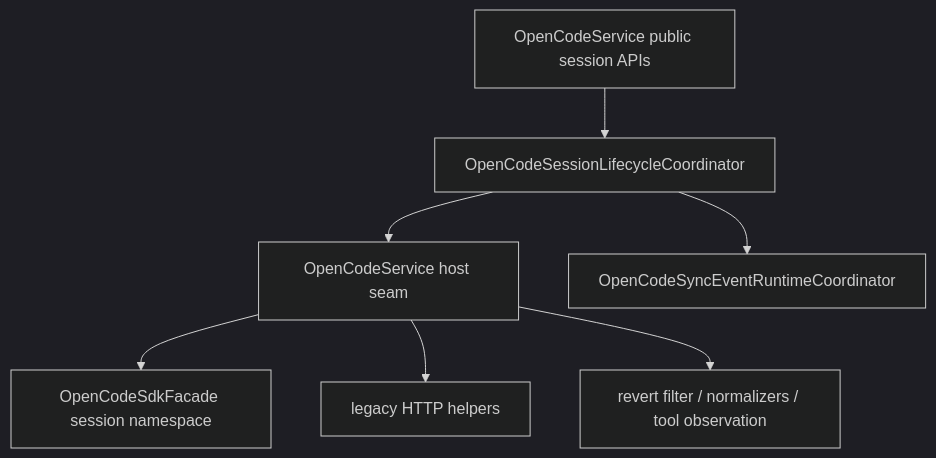
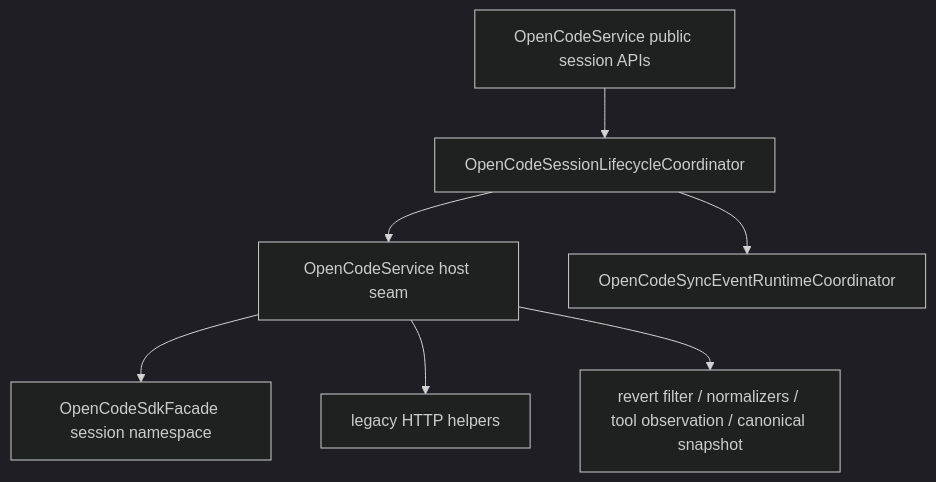
One commit to OCDcreator/opencodian changed the diagram in docs/modules/core/opencode/OpenCodeSessionLifecycleCoordinator.md. Above: the diagram before and after it, drawn with Mermaid (dark theme). The commit also changed other lines of this file and 8 other files, not shown here.

````diff
--- a/docs/modules/core/opencode/OpenCodeSessionLifecycleCoordinator.md
+++ b/docs/modules/core/opencode/OpenCodeSessionLifecycleCoordinator.md
@@ -69,9 +69,9 @@
 ```mermaid
 graph TD
     A[OpenCodeService public session APIs] --> B[OpenCodeSessionLifecycleCoordinator]
     B --> C[OpenCodeService host seam]
     C --> D[OpenCodeSdkFacade session namespace]
     C --> E[legacy HTTP helpers]
-    C --> F[revert filter / normalizers / tool observation]
+    C --> F[revert filter / normalizers / tool observation / canonical snapshot]
     B --> G[OpenCodeSyncEventRuntimeCoordinator]
 ```
````
